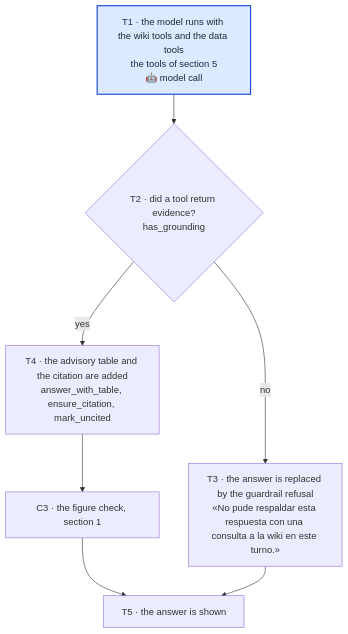
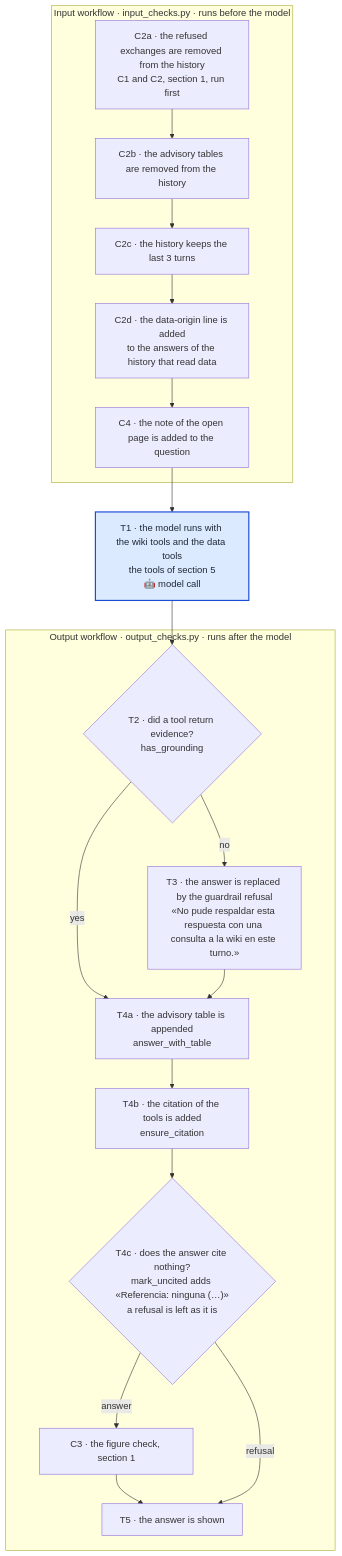
Before and after one commit to Clod/llmwiki-marimo: the third of 4 diagrams in docs/query_nodes.md, drawn with Mermaid. The commit also changed other lines of this file and 26 other files, not shown here.

First line of the commit message:
refactor(chat): one input and one output workflow per mode, built from a catalog of nodes

````diff
--- a/docs/query_nodes.md
+++ b/docs/query_nodes.md
@@ -267,14 +355,29 @@
 ```mermaid
 flowchart TD
+    subgraph IN["Input workflow · input_checks.py · runs before the model"]
+        HA["C2a · the refused exchanges are removed from the history<br/>C1 and C2, section 1, run first"]
+        HB["C2b · the advisory tables are removed from the history"]
+        HC["C2c · the history keeps the last 3 turns"]
+        HD["C2d · the data-origin line is added<br/>to the answers of the history that read data"]
+        ON["C4 · the note of the open page is added to the question"]
+    end
     T1["T1 · the model runs with the wiki tools and the data tools<br/>the tools of section 5<br/>🤖 model call"]
-    T2{"T2 · did a tool return evidence?<br/>has_grounding"}
-    T3["T3 · the answer is replaced by the guardrail refusal<br/>«No pude respaldar esta respuesta con una consulta a la wiki en este turno.»"]
-    T4["T4 · the advisory table and the citation are added<br/>answer_with_table, ensure_citation, mark_uncited"]
-    TF["C3 · the figure check, section 1"]
-    T5["T5 · the answer is shown"]
+    subgraph OUT["Output workflow · output_checks.py · runs after the model"]
+        T2{"T2 · did a tool return evidence?<br/>has_grounding"}
+        T3["T3 · the answer is replaced by the guardrail refusal<br/>«No pude respaldar esta respuesta con una consulta a la wiki en este turno.»"]
+        T4a["T4a · the advisory table is appended<br/>answer_with_table"]
+        T4b["T4b · the citation of the tools is added<br/>ensure_citation"]
+        T4c{"T4c · does the answer cite nothing?<br/>mark_uncited adds «Referencia: ninguna (…)»<br/>a refusal is left as it is"}
+        TF["C3 · the figure check, section 1"]
+        T5["T5 · the answer is shown"]
+    end
+    HA --> HB --> HC --> HD --> ON --> T1
     T1 --> T2
-    T2 -->|yes| T4 --> TF --> T5
-    T2 -->|no| T3 --> T5
+    T2 -->|yes| T4a
+    T2 -->|no| T3 --> T4a
+    T4a --> T4b --> T4c
+    T4c -->|answer| TF --> T5
+    T4c -->|refusal| T5
     classDef llm fill:#dbeafe,stroke:#1d4ed8,stroke-width:2px,color:#1f2937
     class T1 llm
 ```
````
